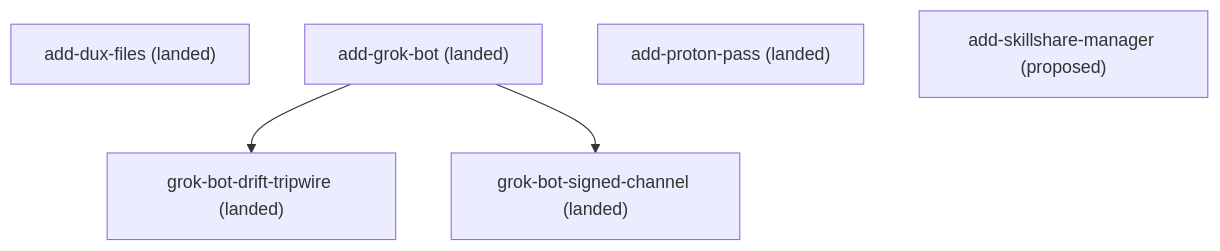
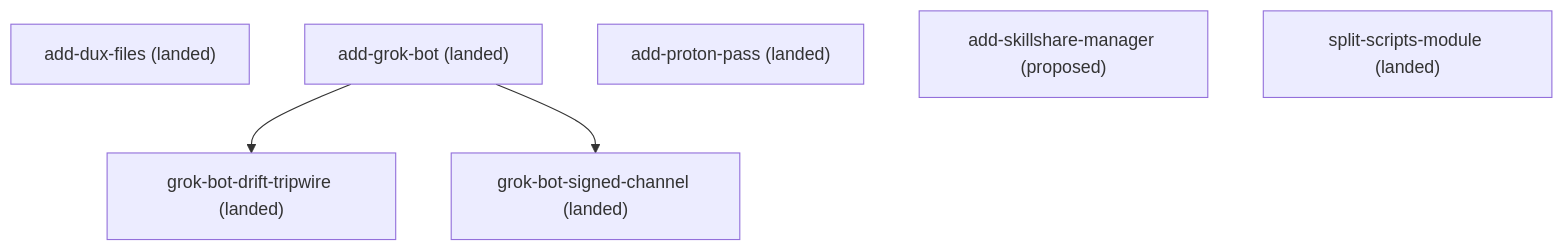
One commit to kli66/something-terrible changed the diagram in docs/roadmap.md. Above: the diagram before and after it, drawn with Mermaid. The commit also changed other lines of this file and 20 other files, not shown here.

````diff
--- a/docs/roadmap.md
+++ b/docs/roadmap.md
@@ -26,11 +27,12 @@
 ```mermaid
 flowchart TD
     add_dux_files["add-dux-files (landed)"]
     add_grok_bot["add-grok-bot (landed)"]
     add_proton_pass["add-proton-pass (landed)"]
     add_skillshare_manager["add-skillshare-manager (proposed)"]
     grok_bot_drift_tripwire["grok-bot-drift-tripwire (landed)"]
     grok_bot_signed_channel["grok-bot-signed-channel (landed)"]
+    split_scripts_module["split-scripts-module (landed)"]
     add_grok_bot --> grok_bot_drift_tripwire
     add_grok_bot --> grok_bot_signed_channel
 ```
````
